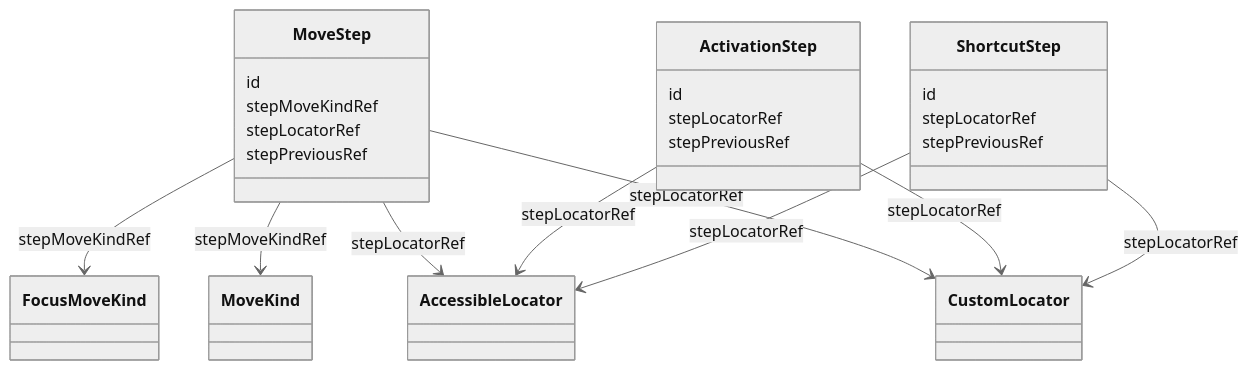
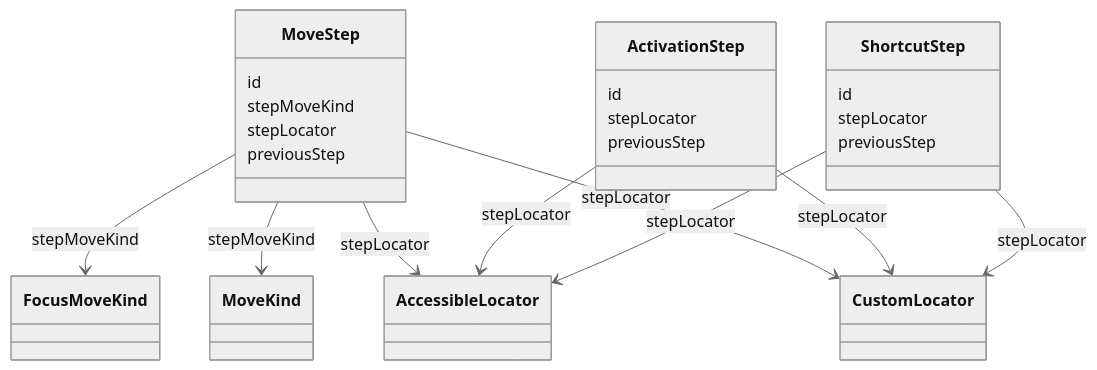
One commit to openuji/spec-ujg changed the second of 5 diagrams in specs/ed/modules/operability/index.md. Above: the diagram before and after it, drawn with Mermaid (neutral theme). The commit also changed other lines of this file and 370 other files, not shown here.

````diff
--- a/specs/ed/modules/operability/index.md
+++ b/specs/ed/modules/operability/index.md
@@ -198,31 +189,31 @@
 ```mermaid
 classDiagram
   class FocusMoveKind
   class MoveKind
   class AccessibleLocator
   class CustomLocator
   class MoveStep {
     id
-    stepMoveKindRef
-    stepLocatorRef
-    stepPreviousRef
+    stepMoveKind
+    stepLocator
+    previousStep
   }
   class ActivationStep {
     id
-    stepLocatorRef
-    stepPreviousRef
+    stepLocator
+    previousStep
   }
   class ShortcutStep {
     id
-    stepLocatorRef
-    stepPreviousRef
+    stepLocator
+    previousStep
   }
-  MoveStep --> FocusMoveKind : stepMoveKindRef
-  MoveStep --> MoveKind : stepMoveKindRef
-  MoveStep --> AccessibleLocator : stepLocatorRef
-  ActivationStep --> AccessibleLocator : stepLocatorRef
-  ShortcutStep --> AccessibleLocator : stepLocatorRef
-  MoveStep --> CustomLocator : stepLocatorRef
-  ActivationStep --> CustomLocator : stepLocatorRef
-  ShortcutStep --> CustomLocator : stepLocatorRef
+  MoveStep --> FocusMoveKind : stepMoveKind
+  MoveStep --> MoveKind : stepMoveKind
+  MoveStep --> AccessibleLocator : stepLocator
+  ActivationStep --> AccessibleLocator : stepLocator
+  ShortcutStep --> AccessibleLocator : stepLocator
+  MoveStep --> CustomLocator : stepLocator
+  ActivationStep --> CustomLocator : stepLocator
+  ShortcutStep --> CustomLocator : stepLocator
 ```
````
